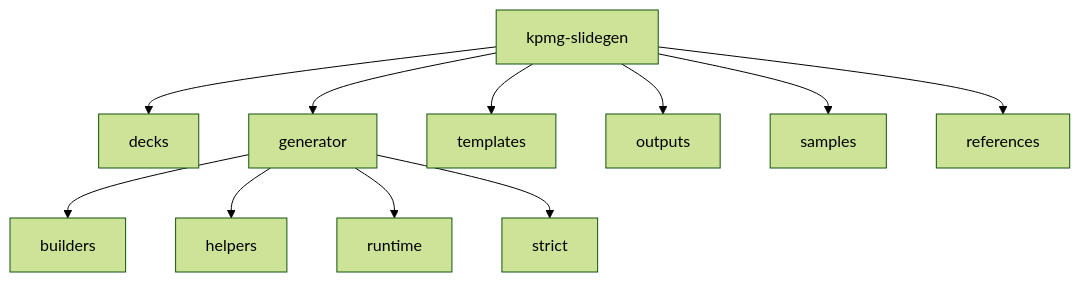
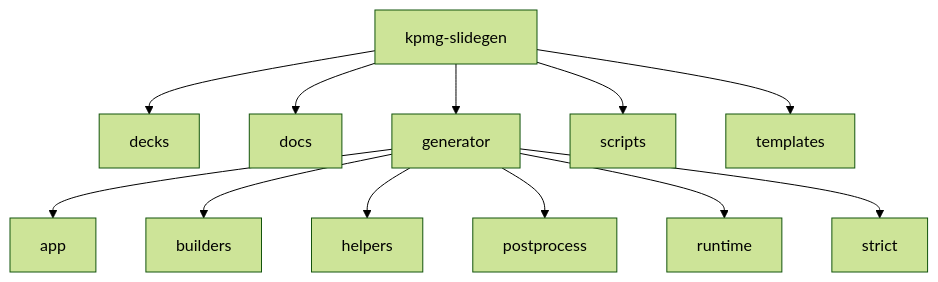
One commit to rishirsv/perks changed the first of 4 diagrams in chatgpt/kpmg-slidegen/ARCHITECTURE.md. Above: the diagram before and after it, drawn with Mermaid (forest theme). The commit also changed other lines of this file and 33 other files, not shown here.

````diff
--- a/chatgpt/kpmg-slidegen/ARCHITECTURE.md
+++ b/chatgpt/kpmg-slidegen/ARCHITECTURE.md
@@ -16,15 +16,16 @@
 ```mermaid
 flowchart TD
   R[kpmg-slidegen]
   R --> D[decks]
+  R --> DOC[docs]
   R --> G[generator]
+  R --> S[scripts]
   R --> T[templates]
-  R --> O[outputs]
-  R --> S[samples]
-  R --> RE[references]
 
+  G --> GA[app]
   G --> GB[builders]
   G --> GH[helpers]
+  G --> GP[postprocess]
   G --> GR[runtime]
   G --> GS[strict]
 ```
````
